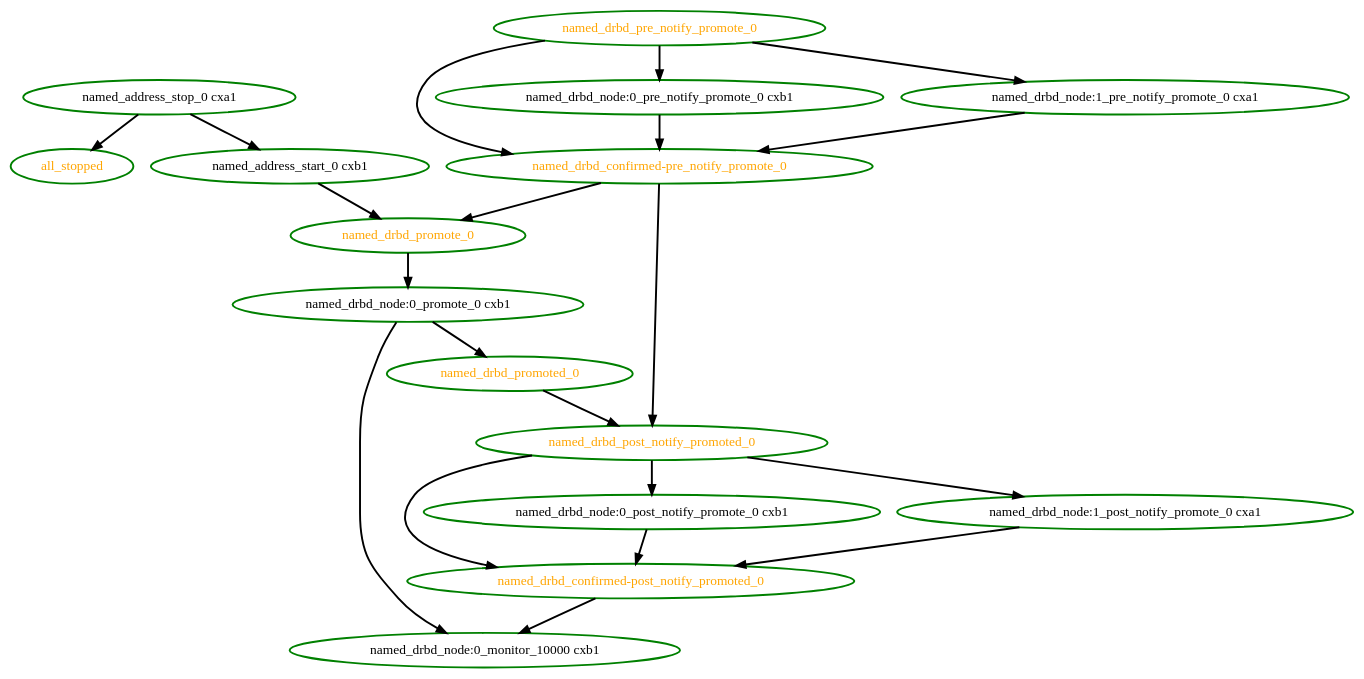
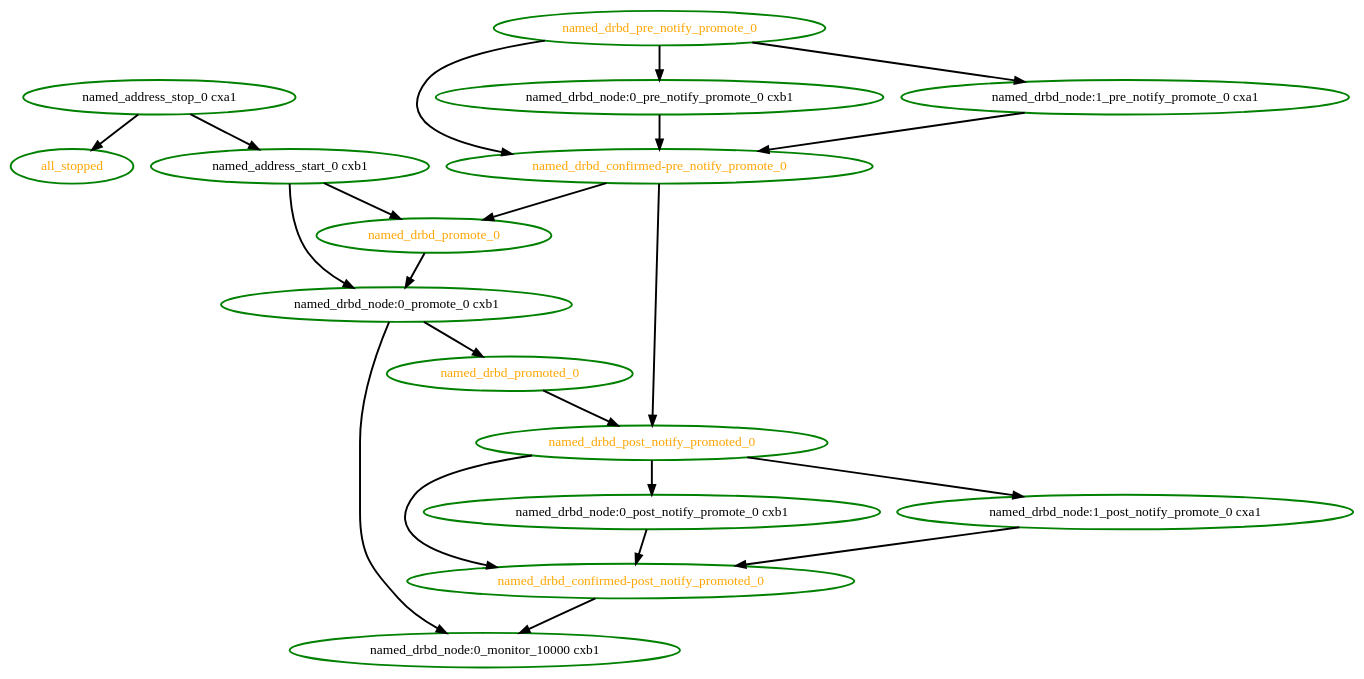
The diagram in pengine/test10/master-demote.dot (linux-ha-japan/pm_diskd), drawn with Graphviz before and after one commit. The commit also changed 38 other files, not shown here.

```diff
--- a/pengine/test10/master-demote.dot
+++ b/pengine/test10/master-demote.dot
@@ -1,37 +1,38 @@
 digraph "g" {
 "all_stopped" [ style=bold color="green" fontcolor="orange"  ]
+"named_address_start_0 cxb1" -> "named_drbd_node:0_promote_0 cxb1" [ style = bold]
 "named_address_start_0 cxb1" -> "named_drbd_promote_0" [ style = bold]
 "named_address_start_0 cxb1" [ style=bold color="green" fontcolor="black"  ]
 "named_address_stop_0 cxa1" -> "all_stopped" [ style = bold]
 "named_address_stop_0 cxa1" -> "named_address_start_0 cxb1" [ style = bold]
 "named_address_stop_0 cxa1" [ style=bold color="green" fontcolor="black"  ]
 "named_drbd_confirmed-post_notify_promoted_0" -> "named_drbd_node:0_monitor_10000 cxb1" [ style = bold]
 "named_drbd_confirmed-post_notify_promoted_0" [ style=bold color="green" fontcolor="orange"  ]
 "named_drbd_confirmed-pre_notify_promote_0" -> "named_drbd_post_notify_promoted_0" [ style = bold]
 "named_drbd_confirmed-pre_notify_promote_0" -> "named_drbd_promote_0" [ style = bold]
 "named_drbd_confirmed-pre_notify_promote_0" [ style=bold color="green" fontcolor="orange"  ]
 "named_drbd_node:0_monitor_10000 cxb1" [ style=bold color="green" fontcolor="black"  ]
 "named_drbd_node:0_post_notify_promote_0 cxb1" -> "named_drbd_confirmed-post_notify_promoted_0" [ style = bold]
 "named_drbd_node:0_post_notify_promote_0 cxb1" [ style=bold color="green" fontcolor="black"  ]
 "named_drbd_node:0_pre_notify_promote_0 cxb1" -> "named_drbd_confirmed-pre_notify_promote_0" [ style = bold]
 "named_drbd_node:0_pre_notify_promote_0 cxb1" [ style=bold color="green" fontcolor="black"  ]
 "named_drbd_node:0_promote_0 cxb1" -> "named_drbd_node:0_monitor_10000 cxb1" [ style = bold]
 "named_drbd_node:0_promote_0 cxb1" -> "named_drbd_promoted_0" [ style = bold]
 "named_drbd_node:0_promote_0 cxb1" [ style=bold color="green" fontcolor="black"  ]
 "named_drbd_node:1_post_notify_promote_0 cxa1" -> "named_drbd_confirmed-post_notify_promoted_0" [ style = bold]
 "named_drbd_node:1_post_notify_promote_0 cxa1" [ style=bold color="green" fontcolor="black"  ]
 "named_drbd_node:1_pre_notify_promote_0 cxa1" -> "named_drbd_confirmed-pre_notify_promote_0" [ style = bold]
 "named_drbd_node:1_pre_notify_promote_0 cxa1" [ style=bold color="green" fontcolor="black"  ]
 "named_drbd_post_notify_promoted_0" -> "named_drbd_confirmed-post_notify_promoted_0" [ style = bold]
 "named_drbd_post_notify_promoted_0" -> "named_drbd_node:0_post_notify_promote_0 cxb1" [ style = bold]
 "named_drbd_post_notify_promoted_0" -> "named_drbd_node:1_post_notify_promote_0 cxa1" [ style = bold]
 "named_drbd_post_notify_promoted_0" [ style=bold color="green" fontcolor="orange"  ]
 "named_drbd_pre_notify_promote_0" -> "named_drbd_confirmed-pre_notify_promote_0" [ style = bold]
 "named_drbd_pre_notify_promote_0" -> "named_drbd_node:0_pre_notify_promote_0 cxb1" [ style = bold]
 "named_drbd_pre_notify_promote_0" -> "named_drbd_node:1_pre_notify_promote_0 cxa1" [ style = bold]
 "named_drbd_pre_notify_promote_0" [ style=bold color="green" fontcolor="orange"  ]
 "named_drbd_promote_0" -> "named_drbd_node:0_promote_0 cxb1" [ style = bold]
 "named_drbd_promote_0" [ style=bold color="green" fontcolor="orange"  ]
 "named_drbd_promoted_0" -> "named_drbd_post_notify_promoted_0" [ style = bold]
 "named_drbd_promoted_0" [ style=bold color="green" fontcolor="orange"  ]
 }
```
